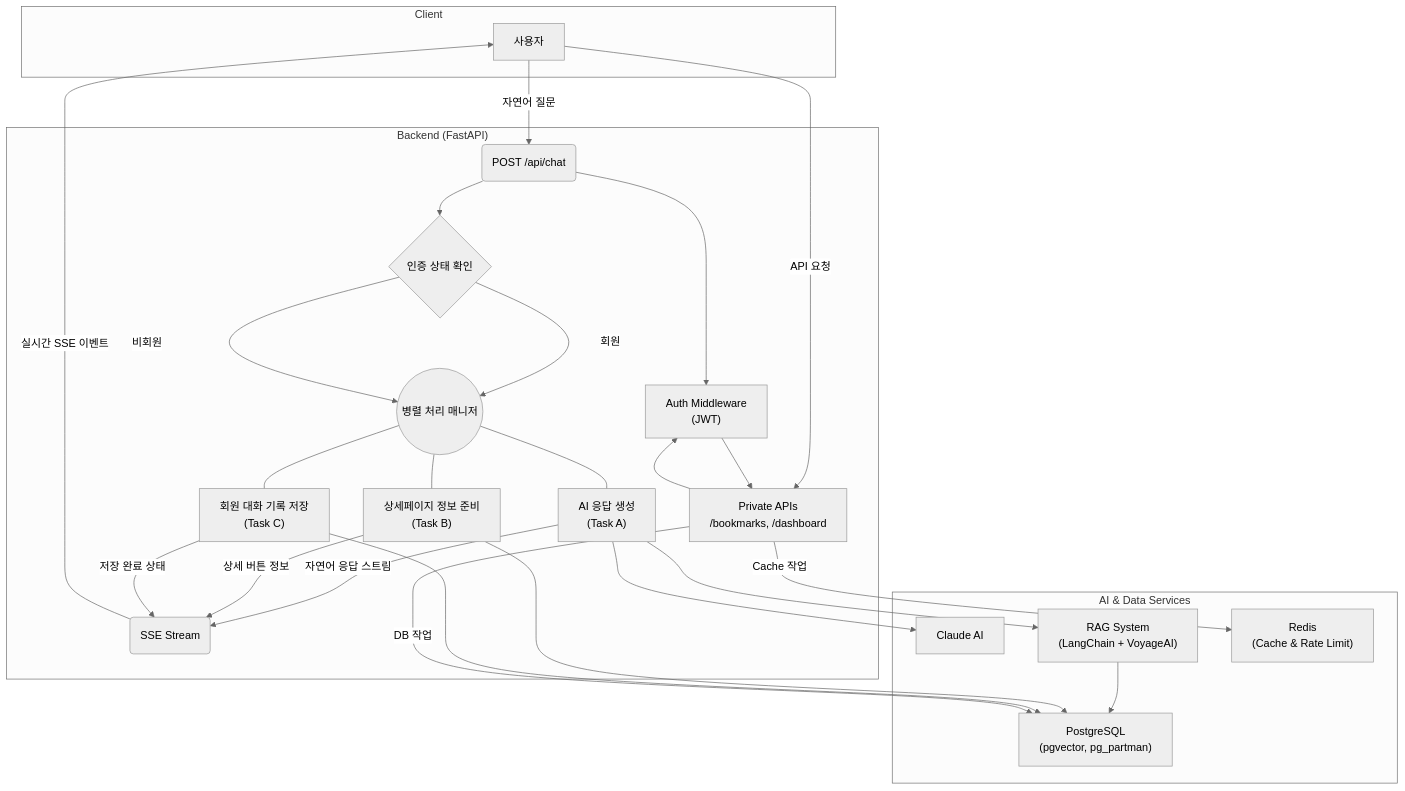
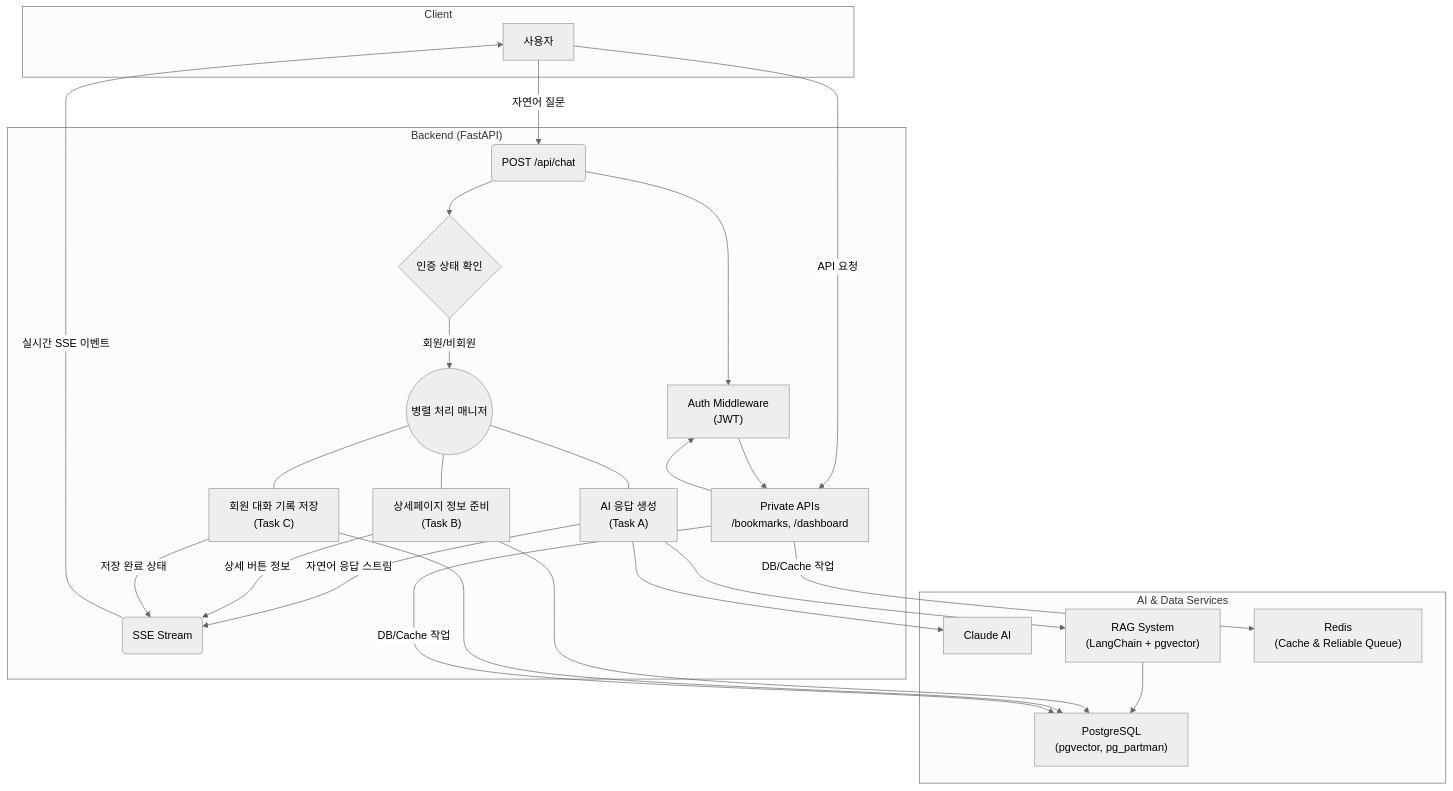
Before and after one commit to GodsB1025/traibot_project: the diagram in README.md, drawn with Mermaid (neutral theme). The commit also changed other lines of this file, not shown here.

````diff
--- a/README.md
+++ b/README.md
@@ -80,54 +93,37 @@
 ```mermaid
 graph TD
     subgraph "Client"
         A[사용자]
     end
 
     subgraph "Backend (FastAPI)"
         B(POST /api/chat)
         C{인증 상태 확인}
         D["AI 응답 생성<br/>(Task A)"]
         E["상세페이지 정보 준비<br/>(Task B)"]
         F["회원 대화 기록 저장<br/>(Task C)"]
         G((병렬 처리 매니저))
         H(SSE Stream)
         I["Auth Middleware<br/>(JWT)"]
         J["Private APIs<br/>/bookmarks, /dashboard"]
     end
 
     subgraph "AI & Data Services"
         K[Claude AI]
-        L["RAG System<br/>(LangChain + VoyageAI)"]
+        L["RAG System<br/>(LangChain + pgvector)"]
         M["PostgreSQL<br/>(pgvector, pg_partman)"]
-        N["Redis<br/>(Cache & Rate Limit)"]
+        N["Redis<br/>(Cache & Reliable Queue)"]
     end
 
     A -- "자연어 질문" --> B
-    B --> I
-    B --> C
-
-    C -- "회원" --> G
-    C -- "비회원" --> G
-
-    G --- D
-    G --- E
-    G --- F
-
+    B --> I; B --> C
+    C -- "회원/비회원" --> G
+    G --- D & E & F
     D -- "자연어 응답 스트림" --> H
     E -- "상세 버튼 정보" --> H
     F -- "저장 완료 상태" --> H
-
-    D --> K
-    D --> L
-    L --> M
-    E --> M
-    F --> M
-
+    D --> K & L; L --> M; E --> M; F --> M
     H -- "실시간 SSE 이벤트" --> A
-
-    A -- "API 요청" --> J
-    J --> I
-    I --> J
-    J -- "DB 작업" --> M
-    J -- "Cache 작업" --> N
+    A -- "API 요청" --> J; J --> I --> J
+    J -- "DB/Cache 작업" --> M & N
 ```
````
